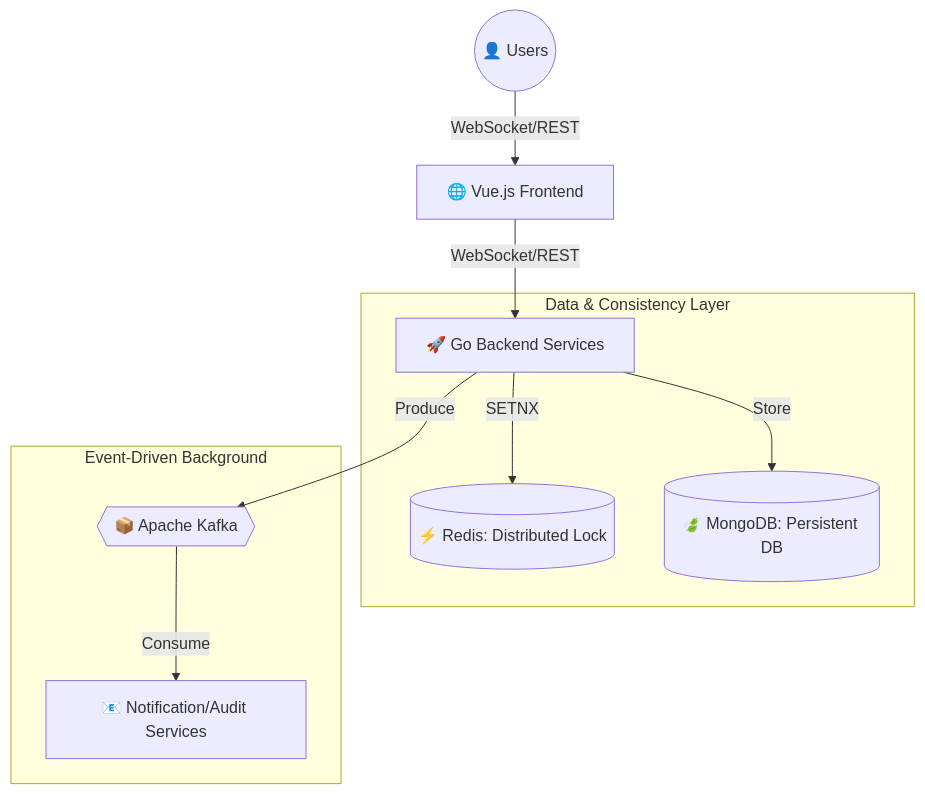
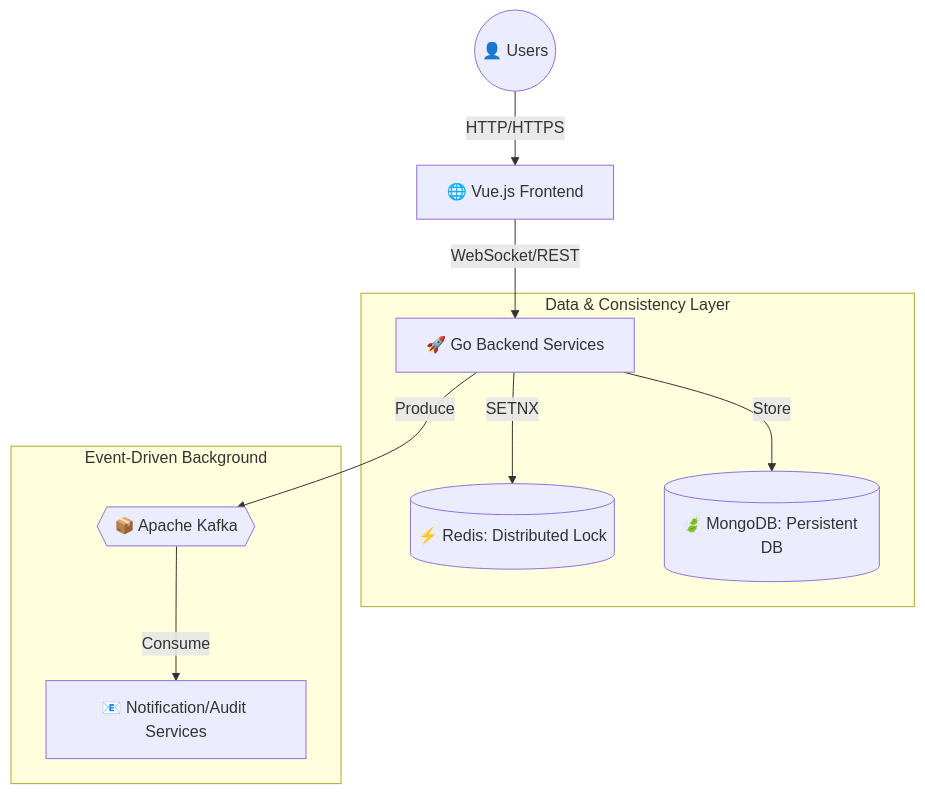
One commit to Ho-Sittichai/movie-ticket-project changed the diagram in README.md. Above: the diagram before and after it, drawn with Mermaid.

Commit message:
:hammer: update reademe

````diff
--- a/README.md
+++ b/README.md
@@ -11,15 +11,15 @@
 ```mermaid
 graph TD
-    User((👤 Users)) -->|WebSocket/REST| FE[🌐 Vue.js Frontend]
+    User((👤 Users)) -->|HTTP/HTTPS| FE[🌐 Vue.js Frontend]
     FE -->|WebSocket/REST| BE[🚀 Go Backend Services]
 
     subgraph "Data & Consistency Layer"
         BE -->|SETNX| Redis[(⚡ Redis: Distributed Lock)]
         BE -->|Store| Mongo[(🍃 MongoDB: Persistent DB)]
     end
 
     subgraph "Event-Driven Background"
         BE -->|Produce| Kafka{{"📦 Apache Kafka"}}
         Kafka -->|Consume| Workers[📧 Notification/Audit Services]
     end
 ```
````
